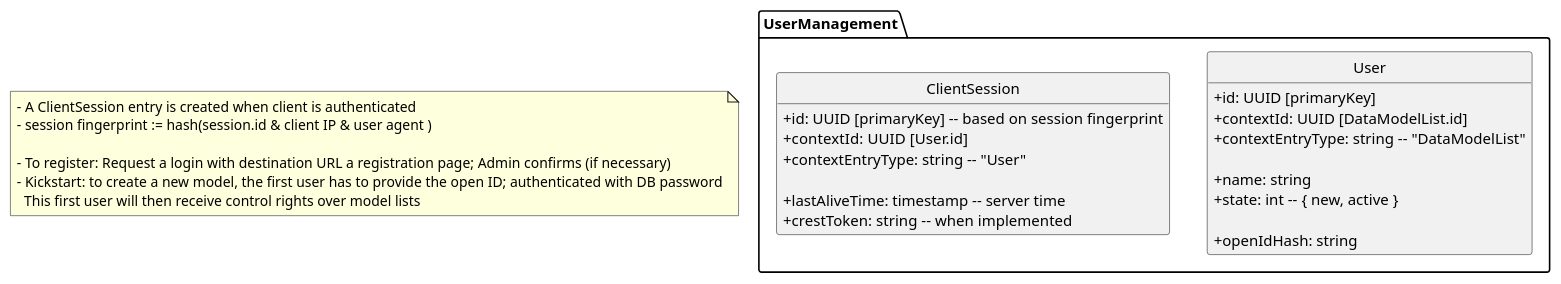
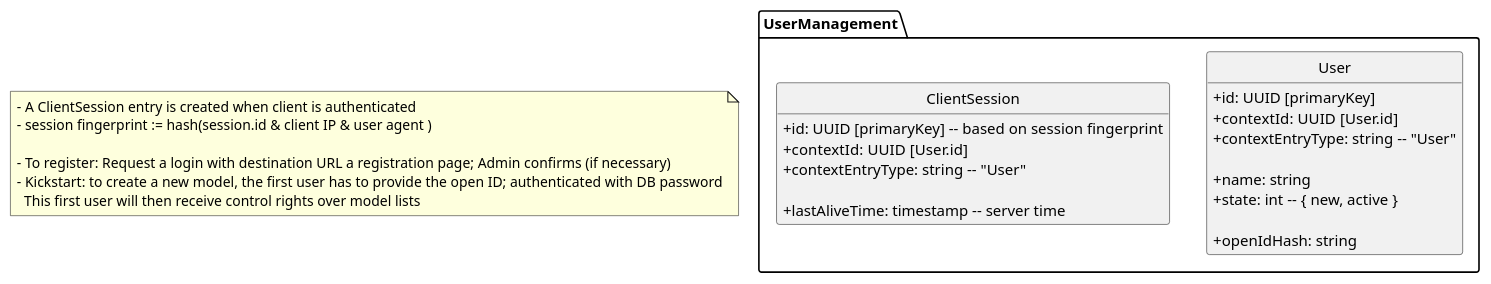
One commit to dertseha/eve-upro changed the diagram in eve-upro/uml/DataBase_User.plantuml. Above: the diagram before and after it, drawn with PlantUML. The commit also changed 1 other file, not shown here.

Commit message:
#16 Refined user table design - Instead of a global 'list' table, this might become a permission table - User tables are self contained, no plans for a stored CREST token

```diff
--- a/eve-upro/uml/DataBase_User.plantuml
+++ b/eve-upro/uml/DataBase_User.plantuml
@@ -1,39 +1,38 @@
 @startuml
 skinparam classAttributeIconSize 0
 hide empty members
 hide circle
 
 package UserManagement {
 
 class User {
    + id: UUID [primaryKey]
-   + contextId: UUID [DataModelList.id]
-   + contextEntryType: string -- "DataModelList"
+   + contextId: UUID [User.id]
+   + contextEntryType: string -- "User"
 
    + name: string
    + state: int -- { new, active }
    
    + openIdHash: string
 }
 
 class ClientSession {
    + id: UUID [primaryKey] -- based on session fingerprint
    + contextId: UUID [User.id]
    + contextEntryType: string -- "User"
 
    + lastAliveTime: timestamp -- server time
-   + crestToken: string -- when implemented
 }
 
 }
 
 note as note1
    - A ClientSession entry is created when client is authenticated
    - session fingerprint := hash(session.id & client IP & user agent )
    
    - To register: Request a login with destination URL a registration page; Admin confirms (if necessary)
    - Kickstart: to create a new model, the first user has to provide the open ID; authenticated with DB password
      This first user will then receive control rights over model lists 
 end note
 
 @enduml
```
